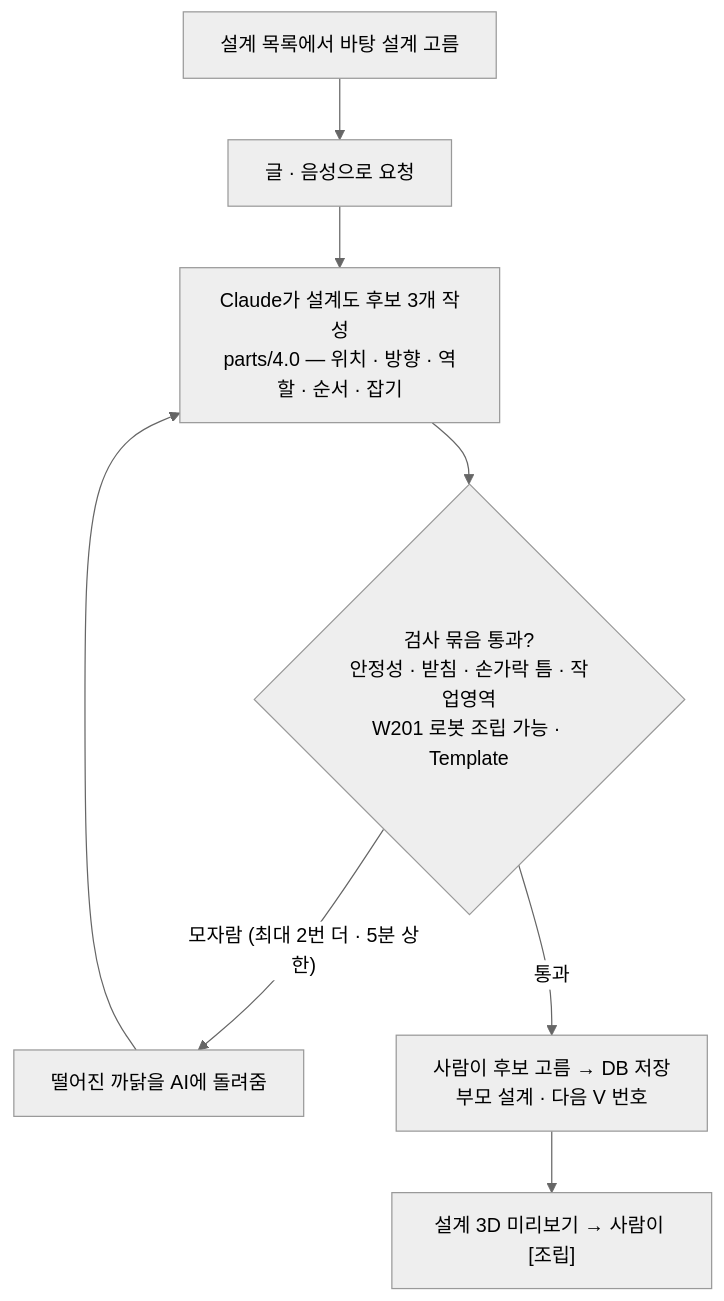
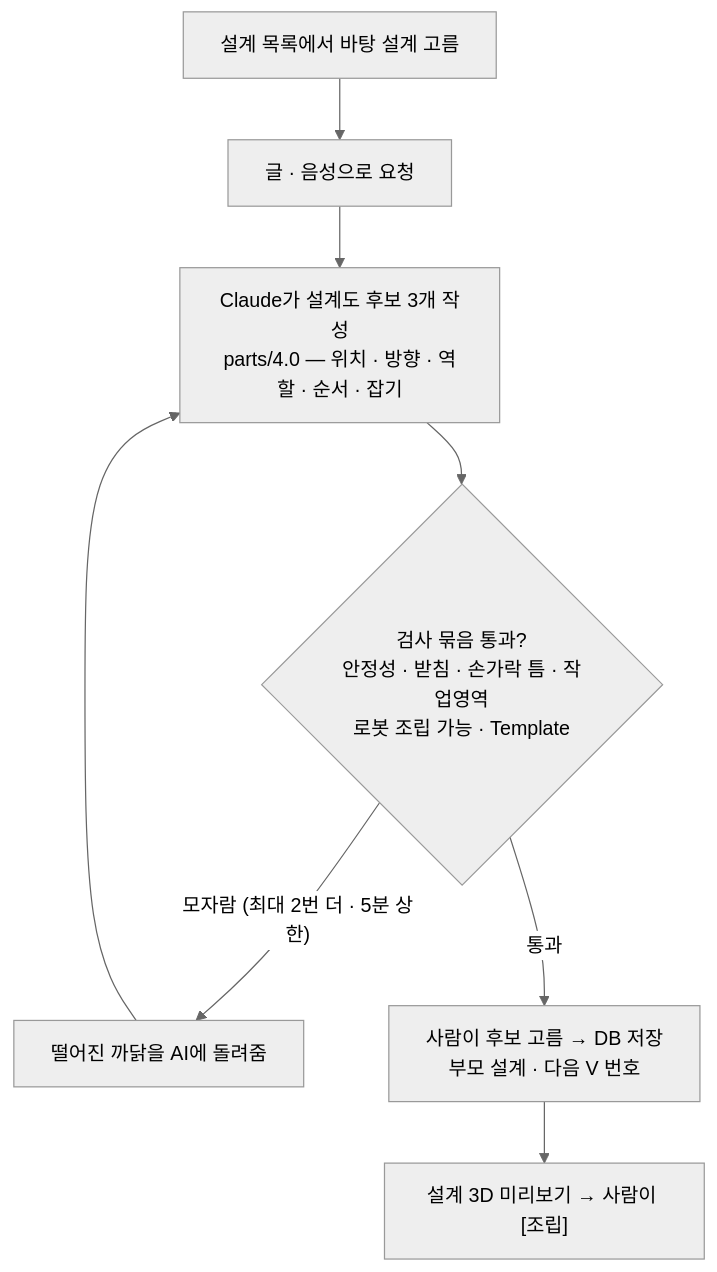
One commit to hwang-injae/buildmind changed the second of 4 diagrams in README.md. Above: the diagram before and after it, drawn with Mermaid (neutral theme). The commit also changed other lines of this file and 13 other files, not shown here.

````diff
--- a/README.md
+++ b/README.md
@@ -101,10 +206,10 @@
 ```mermaid
 flowchart TD
     A["설계 목록에서 바탕 설계 고름"] --> B["글 · 음성으로 요청"]
     B --> C["Claude가 설계도 후보 3개 작성<br/>parts/4.0 — 위치 · 방향 · 역할 · 순서 · 잡기"]
-    C --> D{"검사 묶음 통과?<br/>안정성 · 받침 · 손가락 틈 · 작업영역<br/>W201 로봇 조립 가능 · Template"}
+    C --> D{"검사 묶음 통과?<br/>안정성 · 받침 · 손가락 틈 · 작업영역<br/>로봇 조립 가능 · Template"}
     D -- "모자람 (최대 2번 더 · 5분 상한)" --> E["떨어진 까닭을 AI에 돌려줌"]
     E --> C
     D -- "통과" --> F["사람이 후보 고름 → DB 저장<br/>부모 설계 · 다음 V 번호"]
     F --> G["설계 3D 미리보기 → 사람이 [조립]"]
 ```
````
